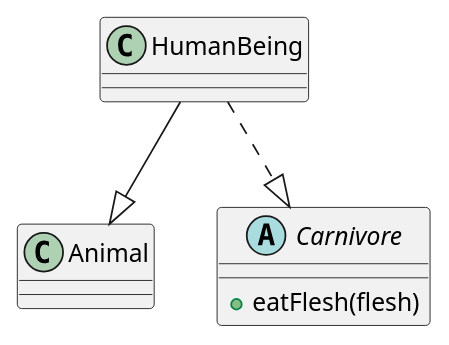
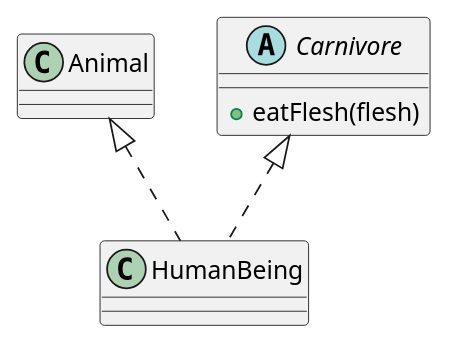
The diagram in docs/img/example-implement.plantuml (amercier/inheritance.js), drawn with PlantUML before and after one commit. The commit also changed 3 other files, not shown here.

Commit message:
Updated UML diagrams

```diff
--- a/docs/img/example-implement.plantuml
+++ b/docs/img/example-implement.plantuml
@@ -1,13 +1,13 @@
 @startuml
 
 class Animal {
 }
 
 abstract class Carnivore {
 	+ eatFlesh(flesh)
 }
 
-HumanBeing --|> Animal
-HumanBeing ..|> Carnivore
+Animal <|.. HumanBeing
+Carnivore <|.. HumanBeing
 
 @enduml
```
